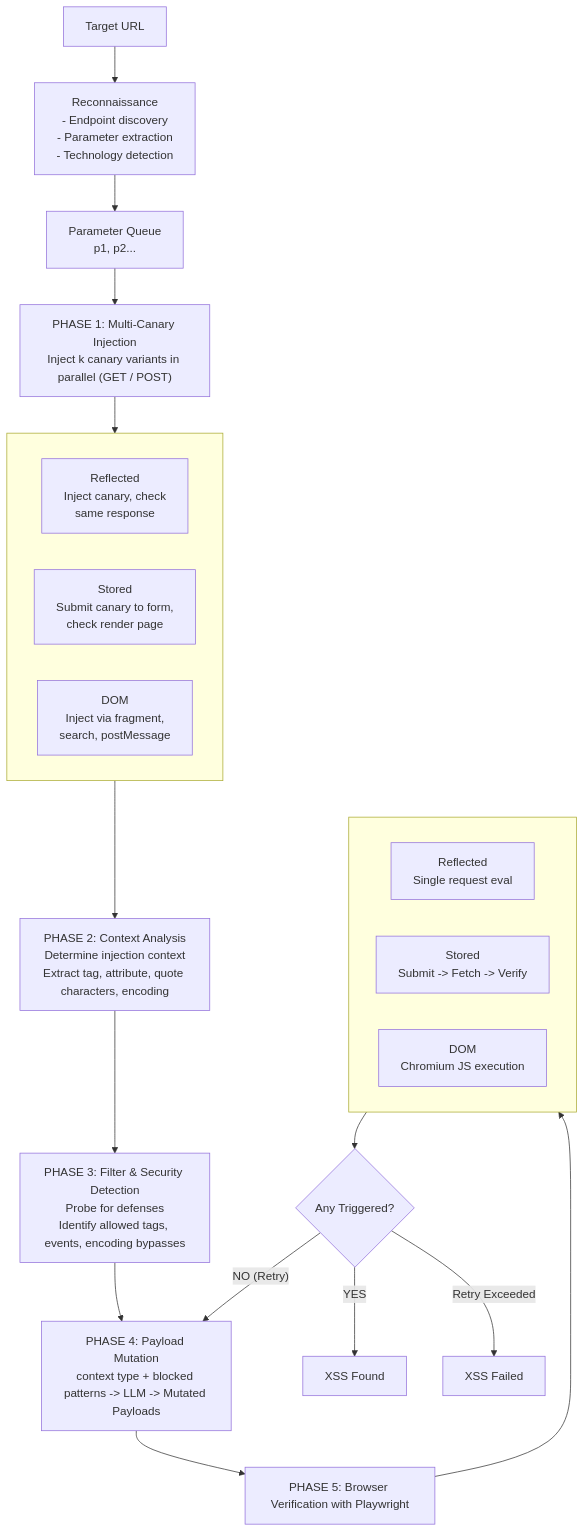
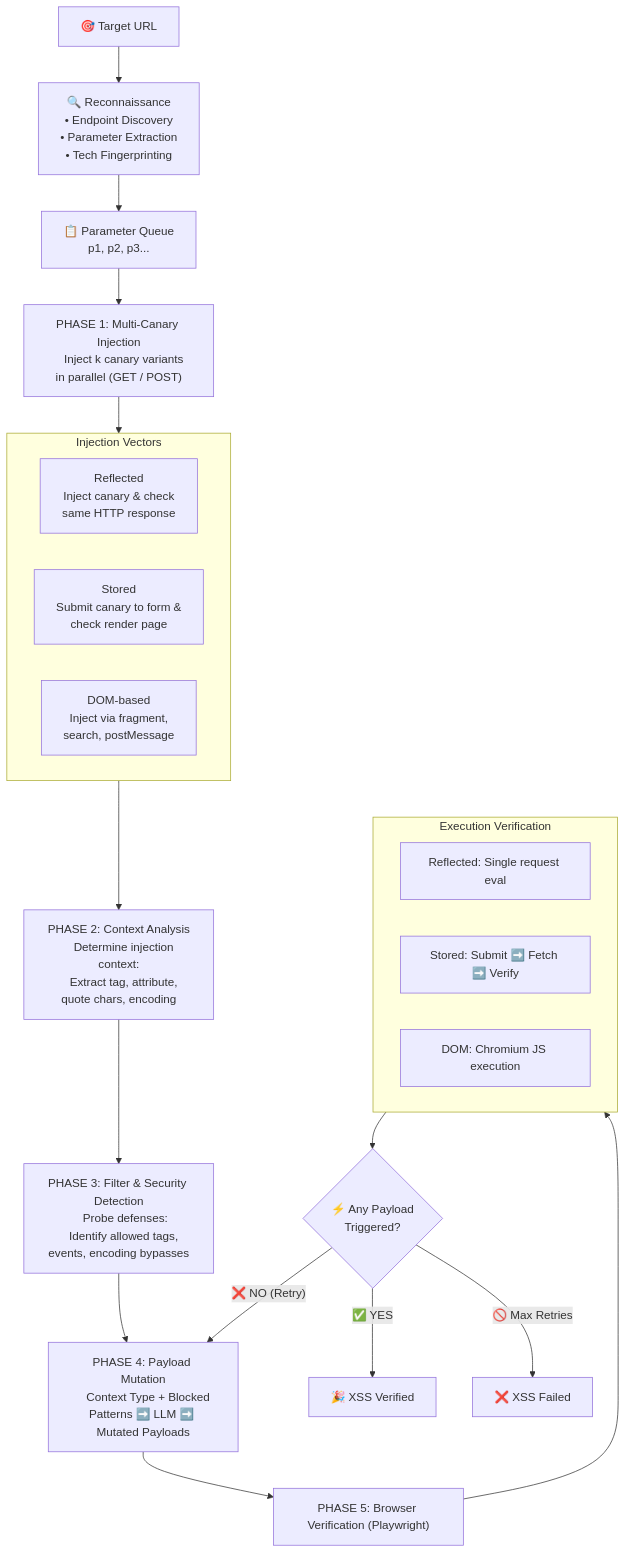
One commit to nishan-paul-2022/cmatrix-agentic-red-team changed the third of 5 diagrams in docs/paper-research/md-downloaded-paper-curated-/04-awe-adaptive-agents-for-dynamic-web-penetration-testing.md. Above: the diagram before and after it, drawn with Mermaid. The commit also changed other lines of this file and 3 other files, not shown here.

````diff
--- a/docs/paper-research/md-downloaded-paper-curated-/04-awe-adaptive-agents-for-dynamic-web-penetration-testing.md
+++ b/docs/paper-research/md-downloaded-paper-curated-/04-awe-adaptive-agents-for-dynamic-web-penetration-testing.md
@@ -145,56 +283,57 @@
 ```mermaid
 flowchart TD
-    T["Target URL"] --> R["Reconnaissance
-- Endpoint discovery
-- Parameter extraction
-- Technology detection"]
-    R --> PQ["Parameter Queue
- p1, p2..."]
+    T["🎯 Target URL"] --> R["🔍 Reconnaissance
+    • Endpoint Discovery
+    • Parameter Extraction
+    • Tech Fingerprinting"]
+    
+    R --> PQ["📋 Parameter Queue
+    p1, p2, p3..."]
     
     PQ --> P1["PHASE 1: Multi-Canary Injection
-Inject k canary variants in parallel (GET / POST)"]
+    Inject k canary variants in parallel (GET / POST)"]
 
-    subgraph P1_Sub [ ]
+    subgraph P1_Sub [ Injection Vectors ]
         direction LR
         Refl["Reflected
-Inject canary, check
-same response"]
+        Inject canary & check
+        same HTTP response"]
+        
         Stor["Stored
-Submit canary to form,
-check render page"]
-        DOM["DOM
-Inject via fragment,
-search, postMessage"]
+        Submit canary to form &
+        check render page"]
+        
+        DOM["DOM-based
+        Inject via fragment,
+        search, postMessage"]
     end
     P1 --> P1_Sub
     
     P1_Sub --> P2["PHASE 2: Context Analysis
-Determine injection context
-Extract tag, attribute, quote characters, encoding"]
+    Determine injection context:
+    Extract tag, attribute, quote chars, encoding"]
     
     P2 --> P3["PHASE 3: Filter & Security Detection
-Probe for defenses
-Identify allowed tags, events, encoding bypasses"]
+    Probe defenses:
+    Identify allowed tags, events, encoding bypasses"]
     
     P3 --> P4["PHASE 4: Payload Mutation
-context type + blocked patterns -> LLM -> Mutated Payloads"]
+    Context Type + Blocked Patterns ➡️ LLM ➡️ Mutated Payloads"]
     
-    P4 --> P5["PHASE 5: Browser Verification with Playwright"]
+    P4 --> P5["PHASE 5: Browser Verification (Playwright)"]
     
-    subgraph P5_Sub [ ]
+    subgraph P5_Sub [ Execution Verification ]
         direction LR
-        Refl2["Reflected
-Single request eval"]
-        Stor2["Stored
-Submit -> Fetch -> Verify"]
-        DOM2["DOM
-Chromium JS execution"]
+        Refl2["Reflected: Single request eval"]
+        Stor2["Stored: Submit ➡️ Fetch ➡️ Verify"]
+        DOM2["DOM: Chromium JS execution"]
     end
     P5 --> P5_Sub
     
-    P5_Sub --> Triggered{"Any Triggered?"}
+    P5_Sub --> Triggered{"⚡ Any Payload
+    Triggered?"}
     
-    Triggered -- YES --> Found["XSS Found"]
-    Triggered -- NO (Retry) --> P4
-    Triggered -- Retry Exceeded --> Failed["XSS Failed"]
+    Triggered -- ✅ YES --> Found["🎉 XSS Verified"]
+    Triggered -- ❌ NO (Retry) --> P4
+    Triggered -- 🚫 Max Retries --> Failed["❌ XSS Failed"]
 ```
````
